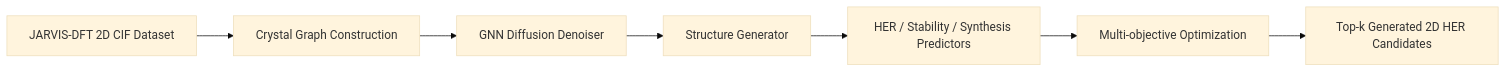
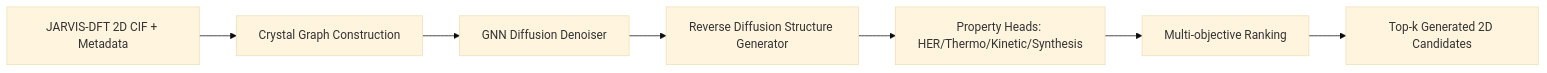
Before and after one commit to 1111johan/JARVIS: the diagram in README.md, drawn with Mermaid (base theme). The commit also changed other lines of this file and 31 other files, not shown here.

````diff
--- a/README.md
+++ b/README.md
@@ -29,9 +30,9 @@
 ```mermaid
 flowchart LR
-    A[JARVIS-DFT 2D CIF Dataset] --> B[Crystal Graph Construction]
+    A[JARVIS-DFT 2D CIF + Metadata] --> B[Crystal Graph Construction]
     B --> C[GNN Diffusion Denoiser]
-    C --> D[Structure Generator]
-    D --> E[HER / Stability / Synthesis Predictors]
-    E --> F[Multi-objective Optimization]
-    F --> G[Top-k Generated 2D HER Candidates]
+    C --> D[Reverse Diffusion Structure Generator]
+    D --> E[Property Heads: HER/Thermo/Kinetic/Synthesis]
+    E --> F[Multi-objective Ranking]
+    F --> G[Top-k Generated 2D Candidates]
 ```
````
